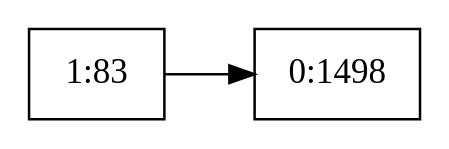
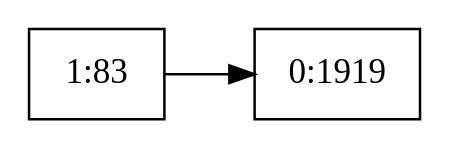
One commit to agongdai/peta changed the diagram in graph/rm_bf_update.dot. Above: the diagram before and after it, drawn with Graphviz. The commit also changed 44 other files, not shown here.

```diff
--- a/graph/rm_bf_update.dot
+++ b/graph/rm_bf_update.dot
@@ -1,6 +1,6 @@
 digraph g { 
 	rankdir = LR 
-	0 [shape=box, label="0:1498"] 
+	0 [shape=box, label="0:1919"] 
 	1 [shape=box, label="1:83"] 
 	1 -> 0
 } 
```
